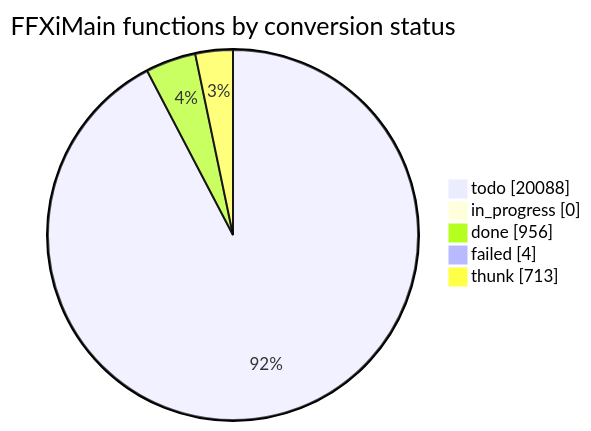
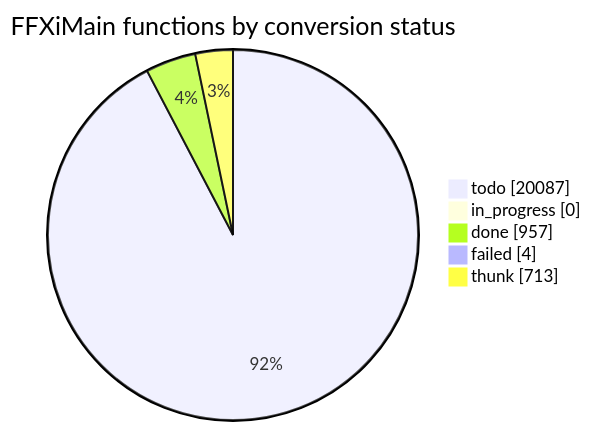
The diagram in docs/cow/STATUS.md (cowrevenge/cow_kuluu_xi_anything), drawn with Mermaid before and after one commit. The commit also changed other lines of this file and 11 other files, not shown here.

````diff
--- a/docs/cow/STATUS.md
+++ b/docs/cow/STATUS.md
@@ -18,9 +18,9 @@
 ```mermaid
 pie showData
     title FFXiMain functions by conversion status
-    "todo" : 20088
+    "todo" : 20087
     "in_progress" : 0
-    "done" : 956
+    "done" : 957
     "failed" : 4
     "thunk" : 713
 ```
````
